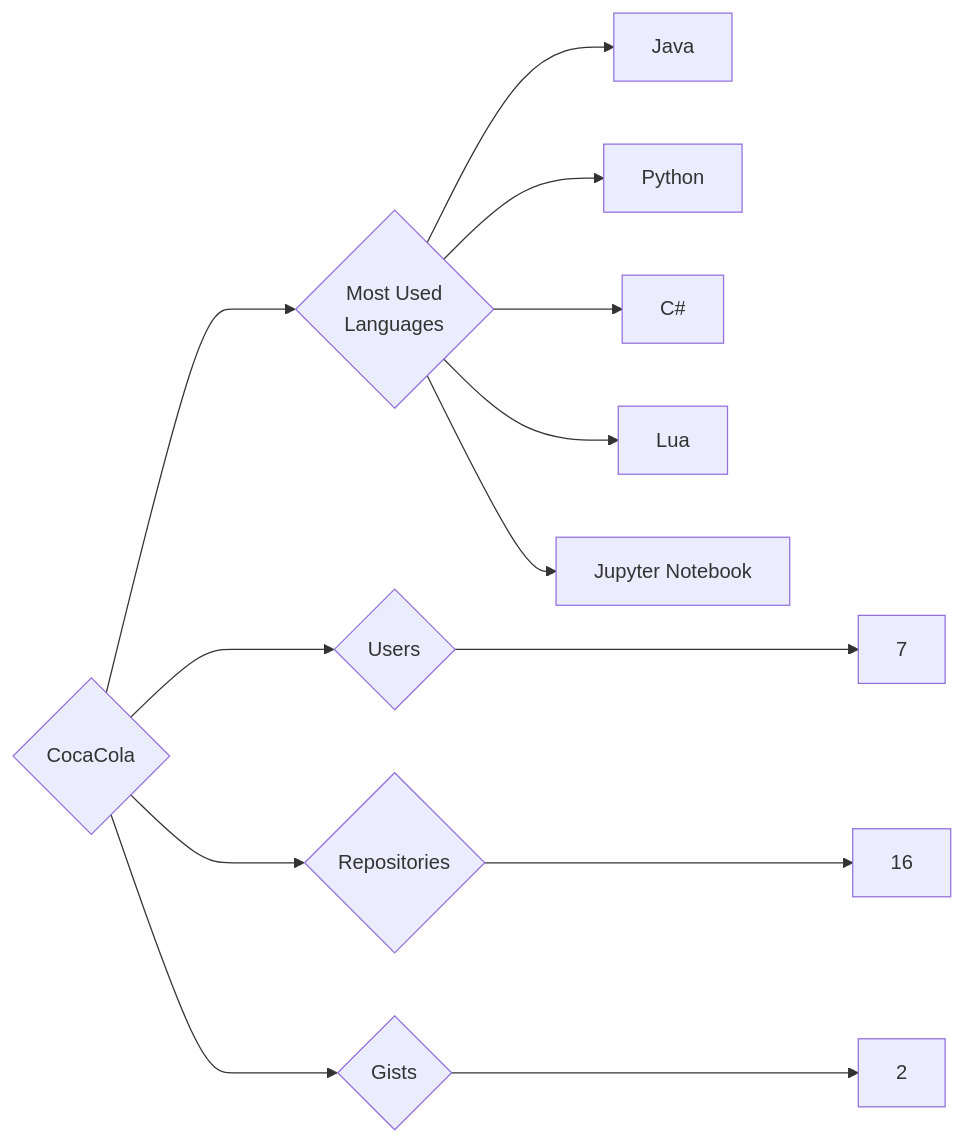
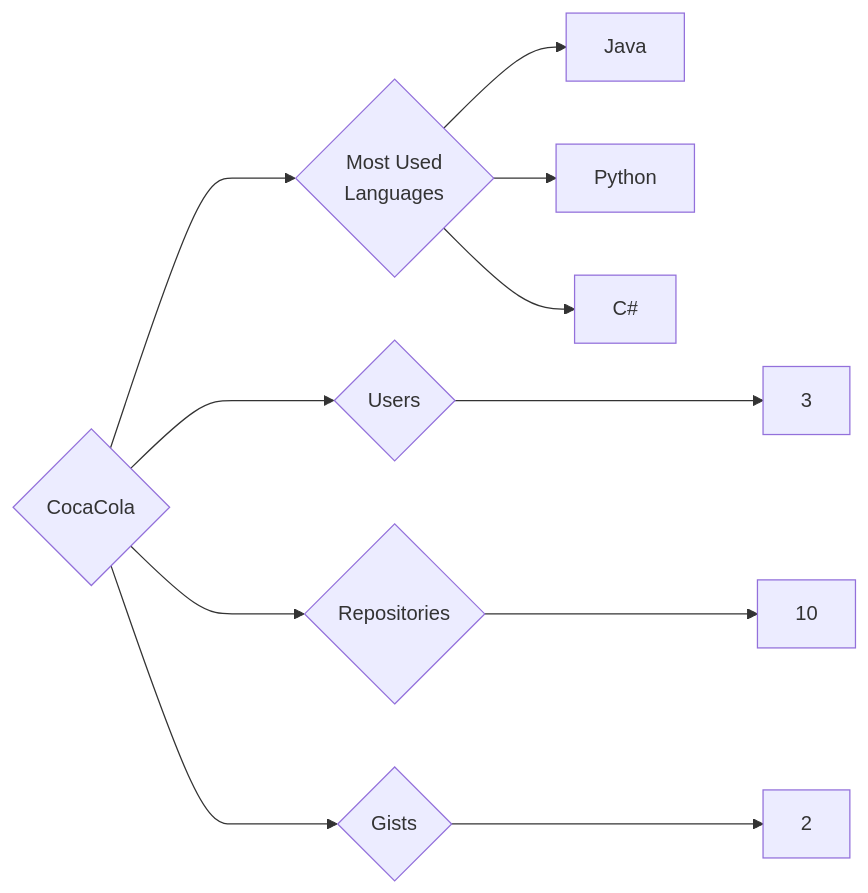
One commit to trickest/insiders changed the diagram in targets/CocaCola/README.md. Above: the diagram before and after it, drawn with Mermaid. The commit also changed 942 other files, not shown here.

````diff
--- a/targets/CocaCola/README.md
+++ b/targets/CocaCola/README.md
@@ -3,13 +3,11 @@
 ```mermaid
 graph LR
 COMPANY_NAME{CocaCola}
-COMPANY_NAME ---> U{Users} ---> UN[7]
-COMPANY_NAME ---> R{Repositories} ---> RN[16]
+COMPANY_NAME ---> U{Users} ---> UN[3]
+COMPANY_NAME ---> R{Repositories} ---> RN[10]
 COMPANY_NAME ---> G{Gists} ---> GN[2]
 COMPANY_NAME ---> ML{Most Used<br>Languages}
 ML --> Java[Java]
 ML --> Python[Python]
 ML --> C#[C#]
-ML --> Lua[Lua]
-ML --> Jupyter_Notebook[Jupyter Notebook]
 ```
````
